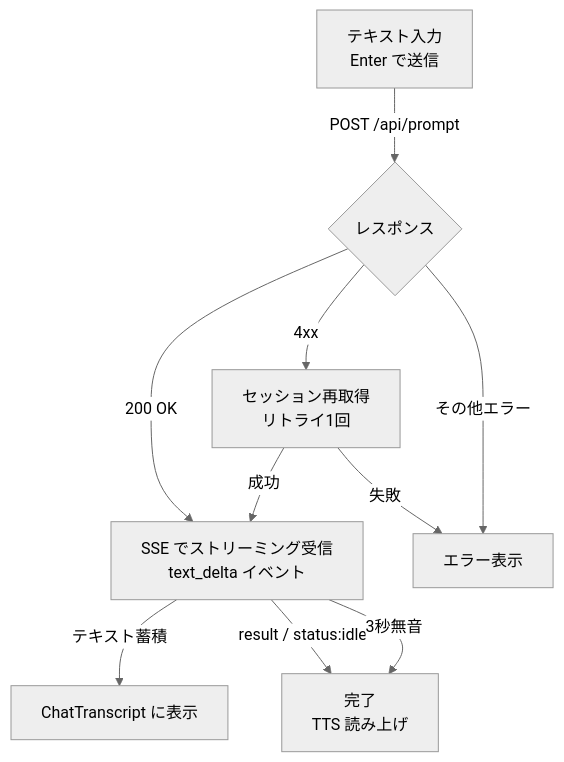
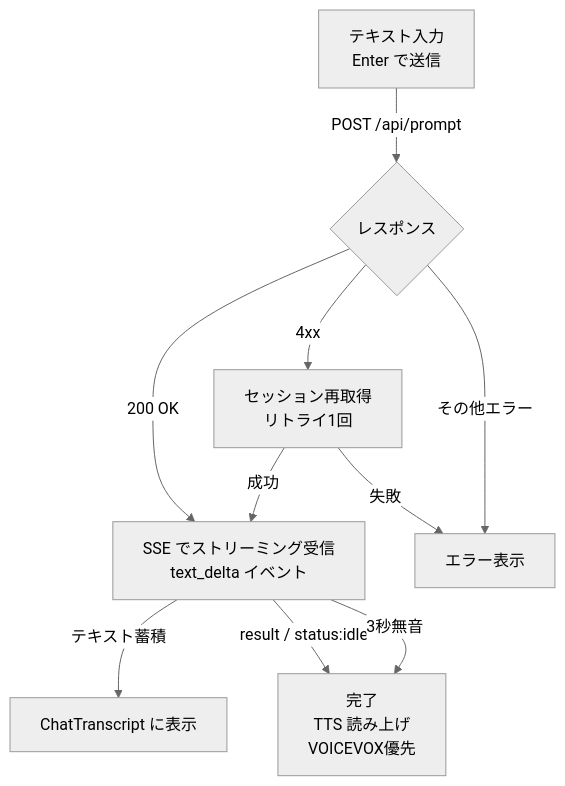
Before and after one commit to nyan-tama/Ghostrunner: diagram 39 of 42 in devtools/frontend/docs/screen-flow.md, drawn with Mermaid (neutral theme). The commit also changed other lines of this file and 12 other files, not shown here.

````diff
--- a/devtools/frontend/docs/screen-flow.md
+++ b/devtools/frontend/docs/screen-flow.md
@@ -1007,12 +1007,12 @@
 ```mermaid
 flowchart TD
     A[テキスト入力<br>Enter で送信] -->|POST /api/prompt| B{レスポンス}
     B -->|200 OK| C[SSE でストリーミング受信<br>text_delta イベント]
     C -->|テキスト蓄積| D[ChatTranscript に表示]
-    C -->|result / status:idle| E[完了<br>TTS 読み上げ]
+    C -->|result / status:idle| E[完了<br>TTS 読み上げ<br>VOICEVOX優先]
     C -->|3秒無音| E
     B -->|4xx| F[セッション再取得<br>リトライ1回]
     F -->|成功| C
     F -->|失敗| G[エラー表示]
     B -->|その他エラー| G
 ```
````
